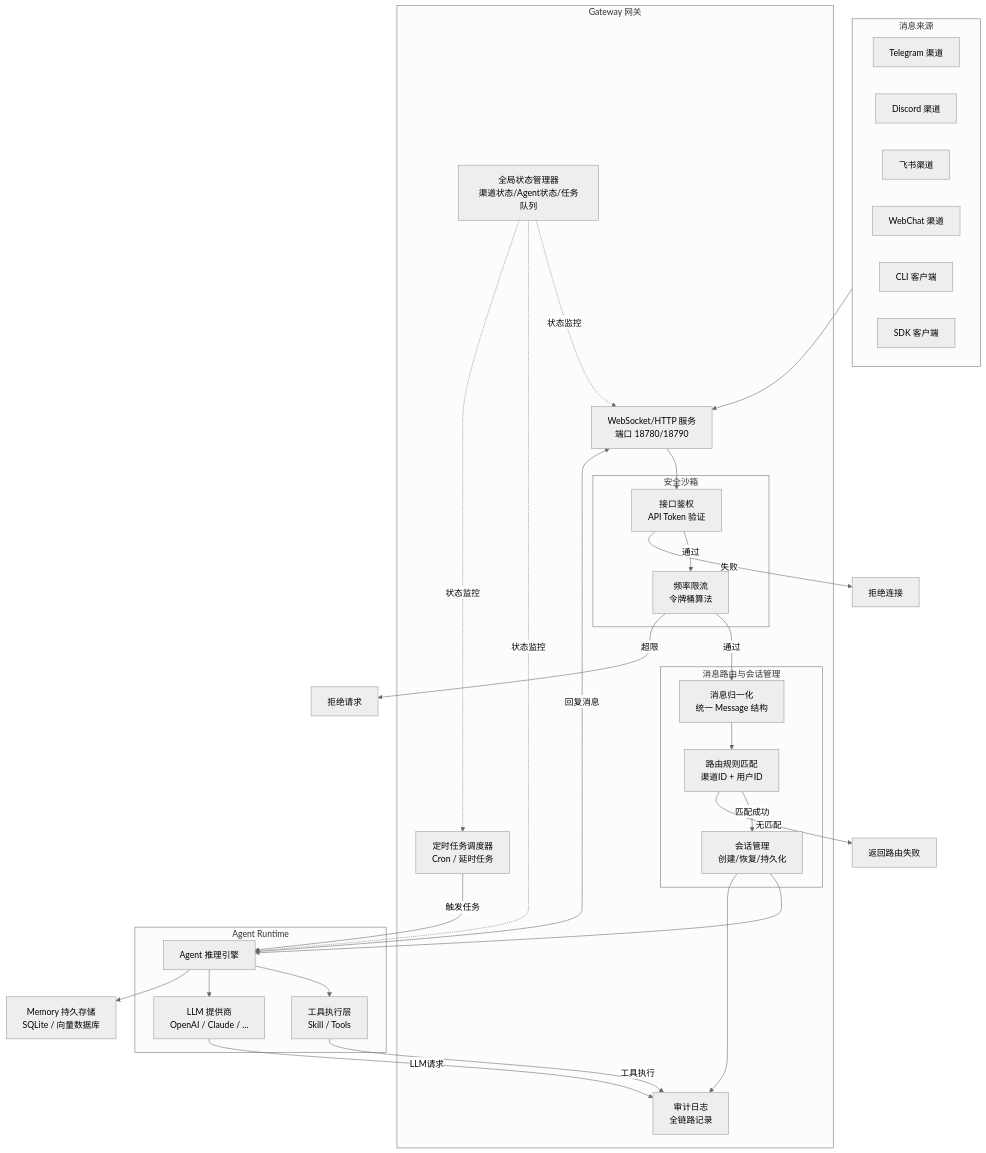
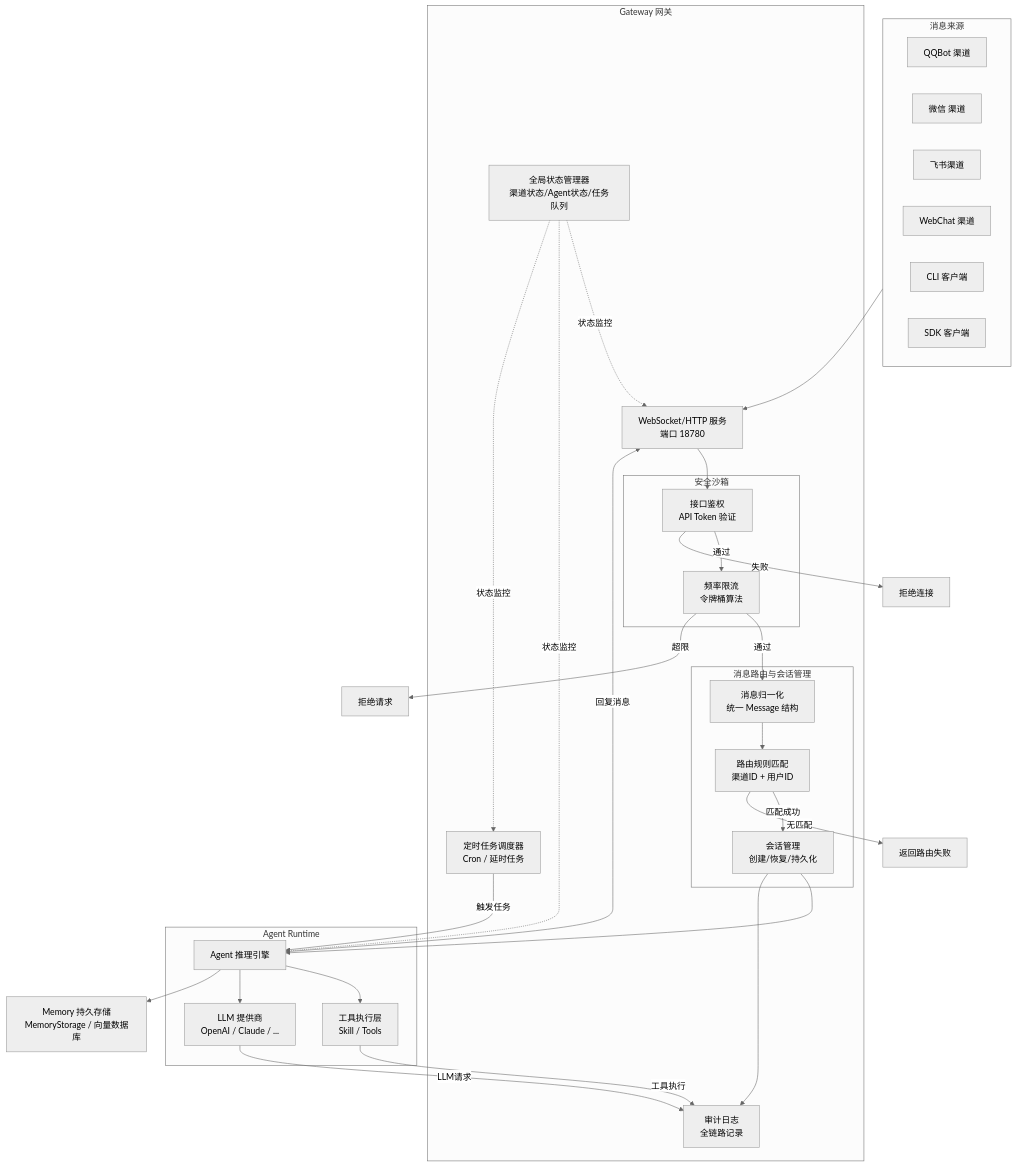
Before and after one commit to jdd-ndd/My-open-claw: the first of 3 diagrams in docs/03-Gateway网关模块.md, drawn with Mermaid (neutral theme). The commit also changed other lines of this file and 1913 other files, not shown here.

````diff
--- a/docs/03-Gateway网关模块.md
+++ b/docs/03-Gateway网关模块.md
@@ -2623,77 +2627,77 @@
 ```mermaid
 flowchart TB
     %% 消息来源
     subgraph Sources["消息来源"]
-        TG["Telegram 渠道"]
-        DC["Discord 渠道"]
+        QQ["QQBot 渠道"]
+        WX["微信 渠道"]
         FS["飞书渠道"]
         WC["WebChat 渠道"]
         CLI["CLI 客户端"]
         SDK["SDK 客户端"]
     end
 
     %% Gateway 入口
     subgraph GW["Gateway 网关"]
-        WS["WebSocket/HTTP 服务<br/>端口 18780/18790"]
+        WS["WebSocket/HTTP 服务<br/>端口 18780"]
         
         %% 安全检查
         subgraph SEC["安全沙箱"]
             AUTH["接口鉴权<br/>API Token 验证"]
             RL["频率限流<br/>令牌桶算法"]
         end
         
         %% 路由
         subgraph RT["消息路由与会话管理"]
             NORM["消息归一化<br/>统一 Message 结构"]
             MATCH["路由规则匹配<br/>渠道ID + 用户ID"]
             SESS["会话管理<br/>创建/恢复/持久化"]
         end
         
         %% 状态管理
         SM["全局状态管理器<br/>渠道状态/Agent状态/任务队列"]
         
         %% 调度器
         SCHED["定时任务调度器<br/>Cron / 延时任务"]
         
         %% 审计
         AUDIT["审计日志<br/>全链路记录"]
     end
 
     %% Agent Runtime
     subgraph AR["Agent Runtime"]
         AGENT["Agent 推理引擎"]
         TOOLS["工具执行层<br/>Skill / Tools"]
         LLM["LLM 提供商<br/>OpenAI / Claude / ..."]
     end
 
     %% Memory
-    MEM["Memory 持久存储<br/>SQLite / 向量数据库"]
+    MEM["Memory 持久存储<br/>MemoryStorage / 向量数据库"]
 
     %% 消息流转
     Sources --> WS
     WS --> AUTH
     AUTH -->|通过| RL
     AUTH -->|失败| REJ1["拒绝连接"]
     RL -->|通过| NORM
     RL -->|超限| REJ2["拒绝请求"]
     
     NORM --> MATCH
     MATCH -->|匹配成功| SESS
     MATCH -->|无匹配| REJ3["返回路由失败"]
     
     SESS --> AGENT
     AGENT --> TOOLS
     AGENT --> LLM
     AGENT --> MEM
     
     TOOLS -->|工具执行| AUDIT
     LLM -->|LLM请求| AUDIT
     AGENT -->|回复消息| WS
     
     SESS --> AUDIT
     SCHED -->|触发任务| AGENT
     
     SM -.->|状态监控| WS
     SM -.->|状态监控| AGENT
     SM -.->|状态监控| SCHED
 ```
````
